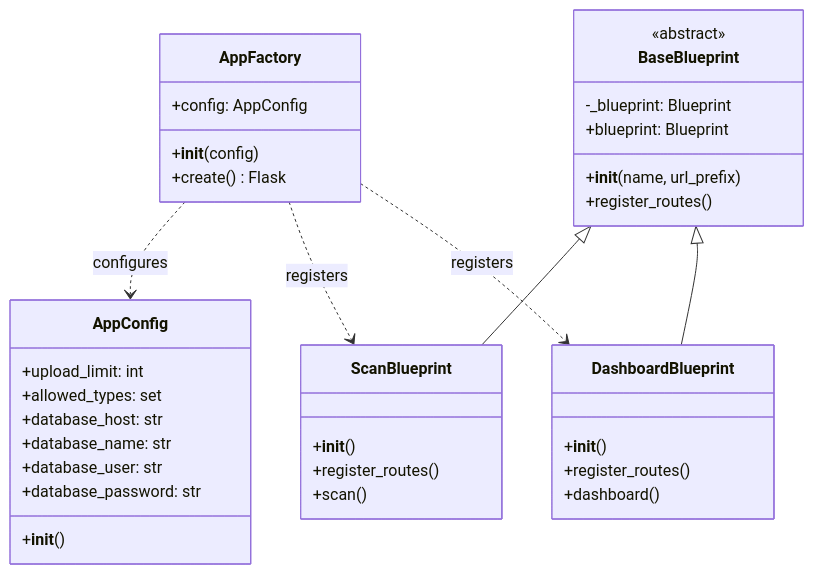
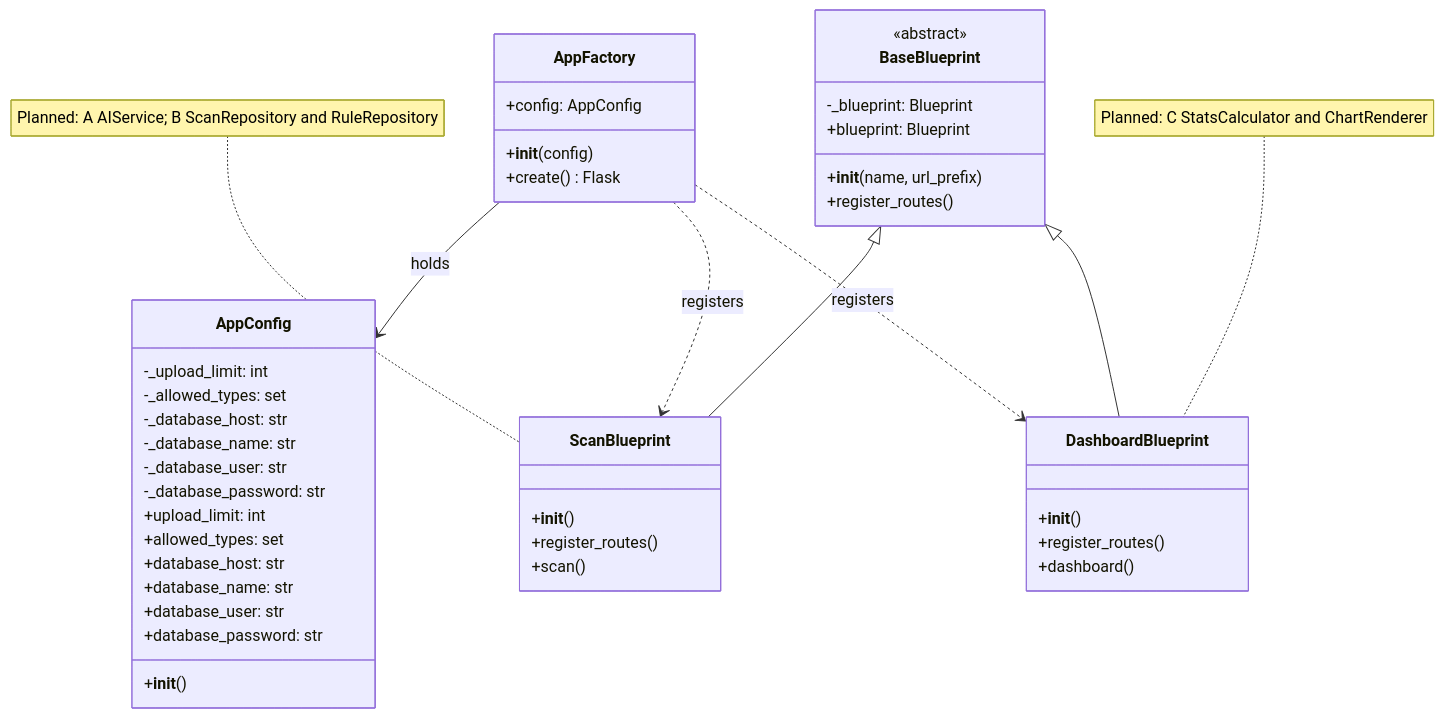
The fifth of 5 diagrams in README.md (Timmyy3000/waste-sorting-assistant), drawn with Mermaid before and after one commit. The commit also changed other lines of this file, not shown here.

Commit message:
docs(ht1): clarify web UML encapsulation and planned subsystem links

````diff
--- a/README.md
+++ b/README.md
@@ -188,40 +191,48 @@
 ```mermaid
 classDiagram
     direction TB
     class AppConfig {
+        -_upload_limit: int
+        -_allowed_types: set
+        -_database_host: str
+        -_database_name: str
+        -_database_user: str
+        -_database_password: str
         +__init__()
         +upload_limit: int
         +allowed_types: set
         +database_host: str
         +database_name: str
         +database_user: str
         +database_password: str
     }
     class AppFactory {
         +__init__(config)
         +config: AppConfig
         +create() Flask
     }
     class BaseBlueprint {
         <<abstract>>
         -_blueprint: Blueprint
         +__init__(name, url_prefix)
         +blueprint: Blueprint
         +register_routes()
     }
     class ScanBlueprint {
         +__init__()
         +register_routes()
         +scan()
     }
     class DashboardBlueprint {
         +__init__()
         +register_routes()
         +dashboard()
     }
     BaseBlueprint <|-- ScanBlueprint
     BaseBlueprint <|-- DashboardBlueprint
-    AppFactory ..> AppConfig : configures
+    AppFactory --> AppConfig : holds
     AppFactory ..> ScanBlueprint : registers
     AppFactory ..> DashboardBlueprint : registers
+    note for ScanBlueprint "Planned: A AIService; B ScanRepository and RuleRepository"
+    note for DashboardBlueprint "Planned: C StatsCalculator and ChartRenderer"
 ```
````
